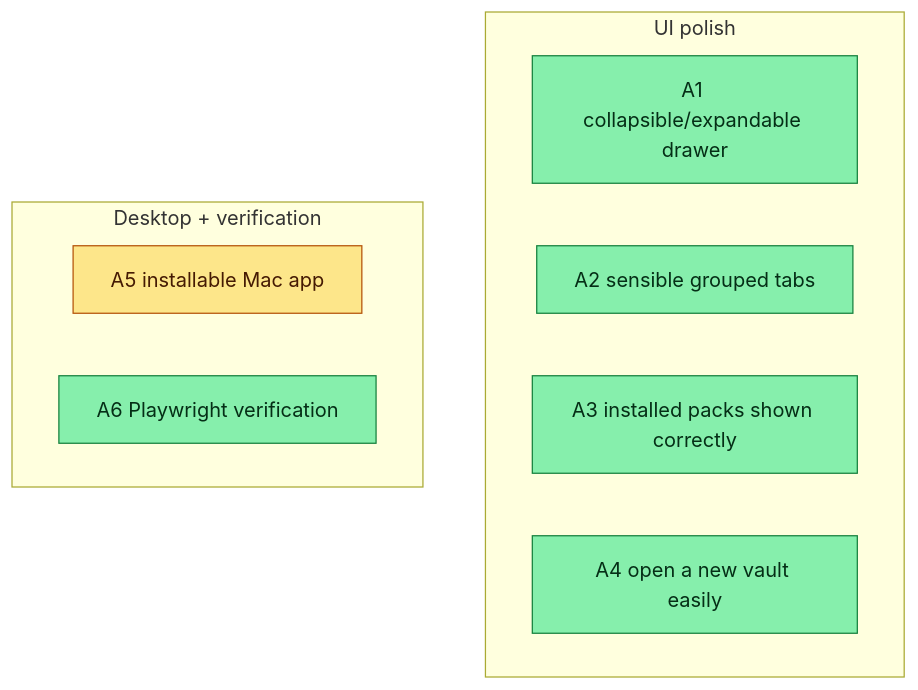
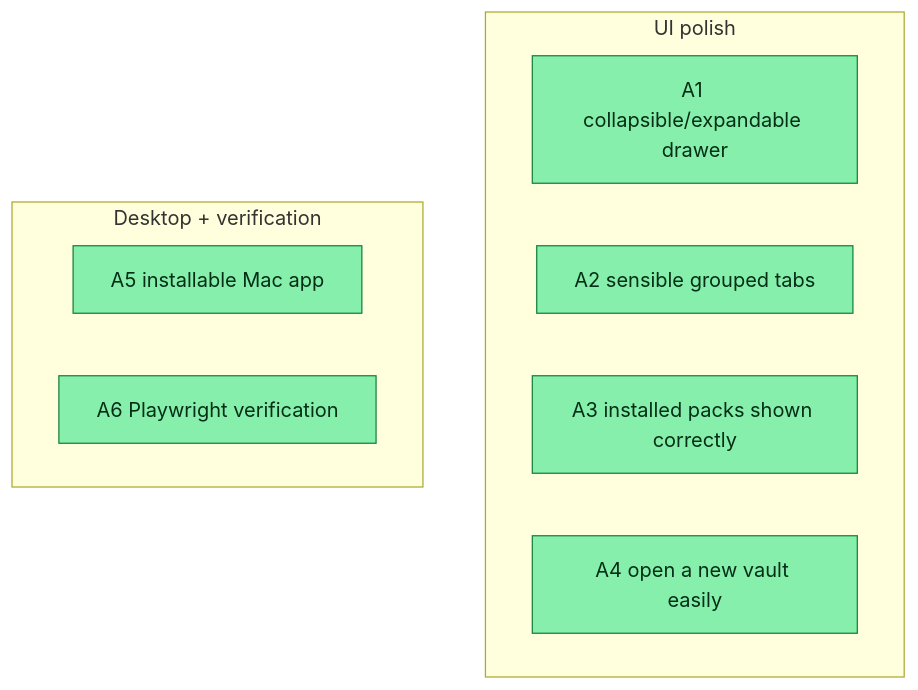
The diagram in _dream_context/state/v06-control-panel-polish.md (meanllbrl/dreamcontext), drawn with Mermaid before and after one commit. The commit also changed other lines of this file and 54 other files, not shown here.

First line of the commit message:
[feat] v0.6 desktop: buildable installable Mac .app + brand icons (req 5)

````diff
--- a/_dream_context/state/v06-control-panel-polish.md
+++ b/_dream_context/state/v06-control-panel-polish.md
@@ -22,18 +22,18 @@
 ```mermaid
 flowchart TD
   subgraph M1 ["UI polish"]
     A1[A1 collapsible/expandable drawer]:::done
     A2[A2 sensible grouped tabs]:::done
     A3[A3 installed packs shown correctly]:::done
     A4[A4 open a new vault easily]:::done
   end
   subgraph M2 ["Desktop + verification"]
-    A5[A5 installable Mac app]:::active
+    A5[A5 installable Mac app]:::done
     A6[A6 Playwright verification]:::done
   end
 
   classDef done fill:#86efac,stroke:#15803d,color:#052e16
   classDef active fill:#fde68a,stroke:#b45309,color:#451a03
   classDef todo fill:#e5e7eb,stroke:#6b7280,color:#111827
   classDef blocked fill:#fecaca,stroke:#b91c1c,color:#450a0a
 ```
````
